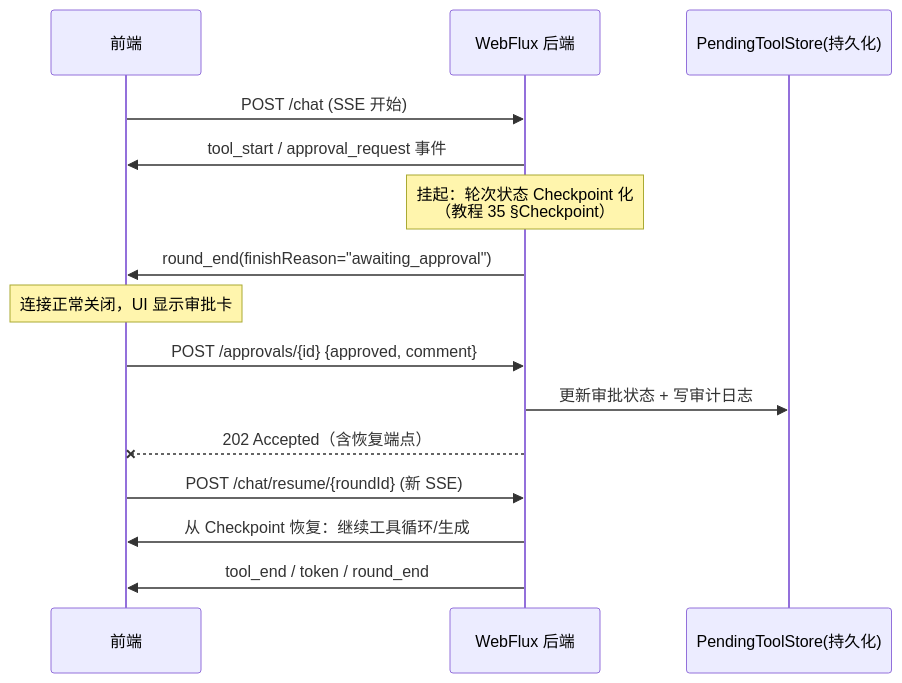
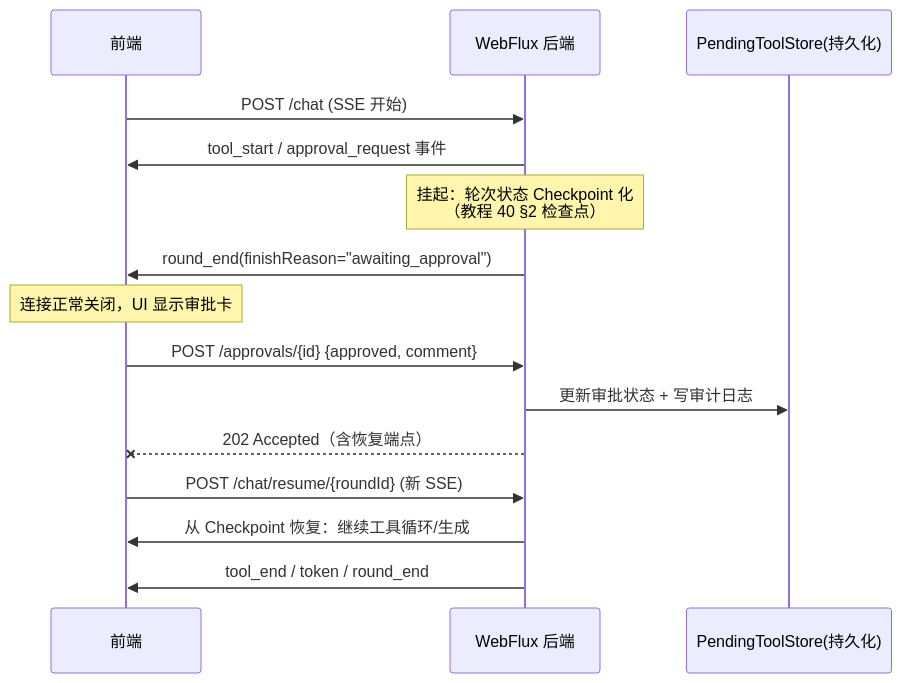
One commit to UranusGit/java-agent-learn changed the third of 3 diagrams in docs/教程/18-Agentic-UI设计.md. Above: the diagram before and after it, drawn with Mermaid. The commit also changed other lines of this file and 244 other files, not shown here.

````diff
--- a/docs/教程/18-Agentic-UI设计.md
+++ b/docs/教程/18-Agentic-UI设计.md
@@ -319,19 +319,19 @@
 ```mermaid
 sequenceDiagram
     participant FE as 前端
     participant BE as WebFlux 后端
     participant Store as PendingToolStore(持久化)
 
     FE->>BE: POST /chat (SSE 开始)
     BE->>FE: tool_start / approval_request 事件
-    Note over BE: 挂起：轮次状态 Checkpoint 化<br/>（教程 35 §Checkpoint）
+    Note over BE: 挂起：轮次状态 Checkpoint 化<br/>（教程 40 §2 检查点）
     BE->>FE: round_end(finishReason="awaiting_approval")
     Note over FE: 连接正常关闭，UI 显示审批卡
 
     FE->>BE: POST /approvals/{id} {approved, comment}
     BE->>Store: 更新审批状态 + 写审计日志
     BE--xFE: 202 Accepted（含恢复端点）
     FE->>BE: POST /chat/resume/{roundId} (新 SSE)
     BE->>FE: 从 Checkpoint 恢复：继续工具循环/生成
     BE->>FE: tool_end / token / round_end
 ```
````
